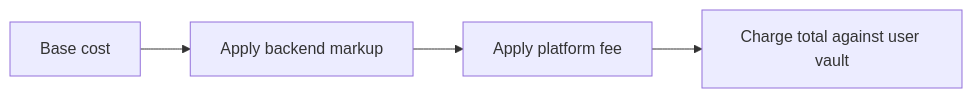
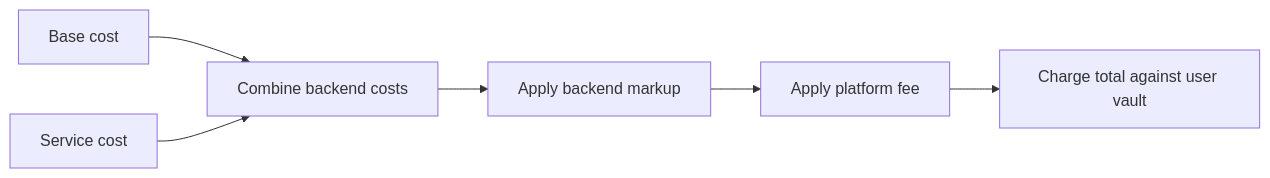
The fourth of 5 diagrams in contract/architecture.mdx (FajarArrizki/docs), drawn with Mermaid before and after one commit. The commit also changed other lines of this file and 22 other files, not shown here.

````diff
--- a/contract/architecture.mdx
+++ b/contract/architecture.mdx
@@ -139,6 +126,10 @@
 ```mermaid
 flowchart LR
-    A[Base cost] --> B[Apply backend markup]
-    B --> C[Apply platform fee]
-    C --> D[Charge total against user vault]
+    A[Base cost]
+    B[Service cost]
+    A --> C[Combine backend costs]
+    B --> C
+    C --> D[Apply backend markup]
+    D --> E[Apply platform fee]
+    E --> F[Charge total against user vault]
 ```
````
